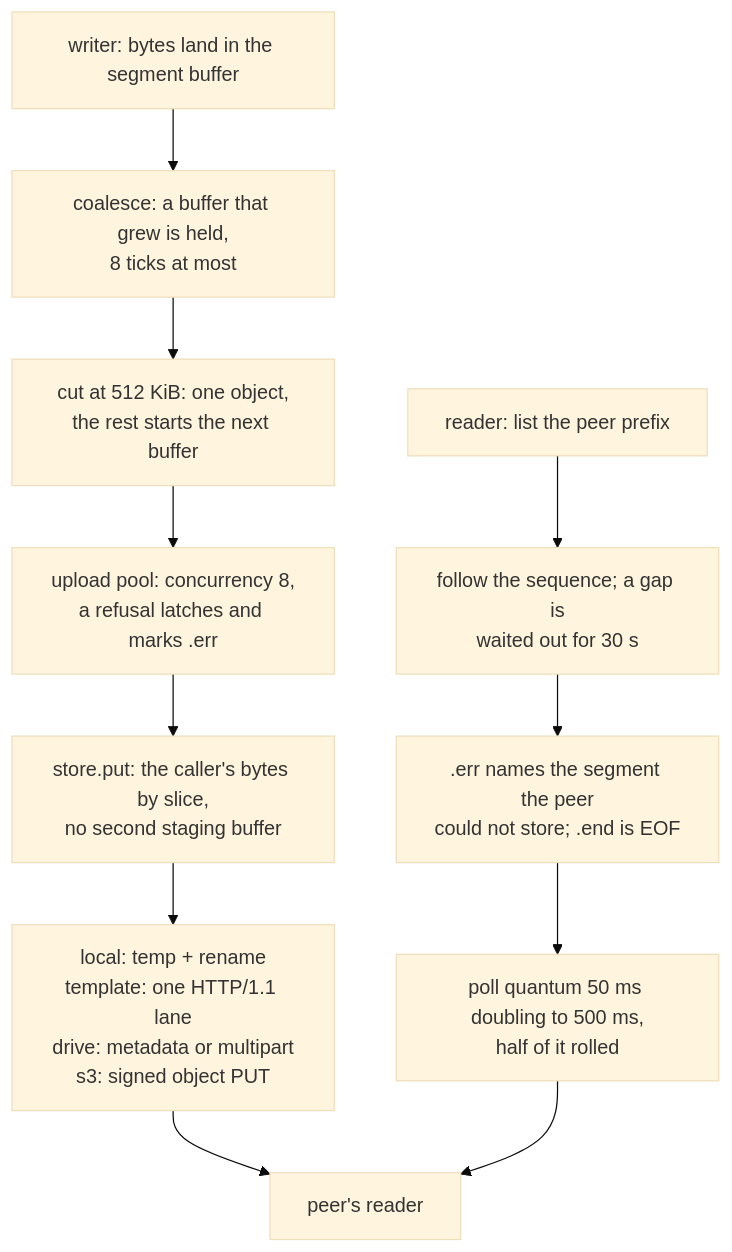
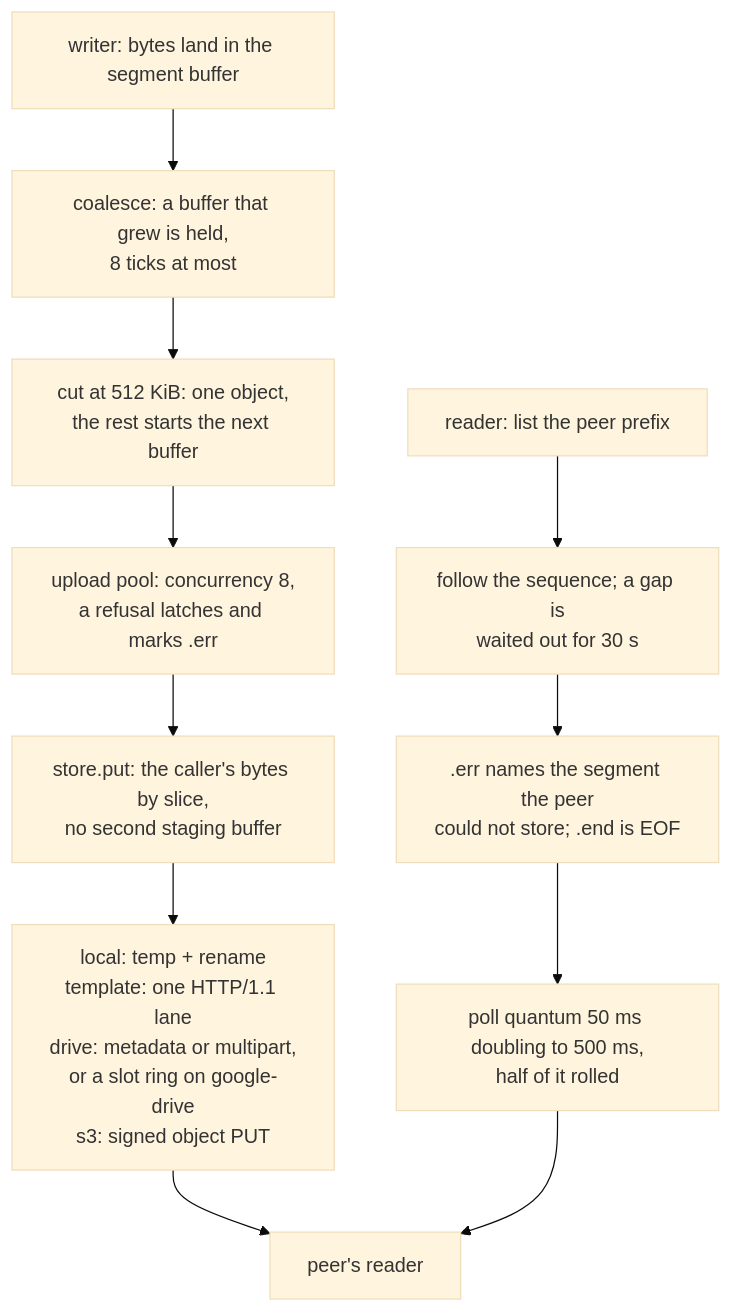
The diagram in docs/function/carrier-xdrive.md (Ferrocite/ferrox), drawn with Mermaid (base theme) before and after one commit. The commit also changed other lines of this file and 8 other files, not shown here.

````diff
--- a/docs/function/carrier-xdrive.md
+++ b/docs/function/carrier-xdrive.md
@@ -13,13 +17,13 @@
 ```mermaid
 graph TD
     A["writer: bytes land in the segment buffer"] --> B["coalesce: a buffer that grew is held,<br/>8 ticks at most"]
     B --> C["cut at 512 KiB: one object,<br/>the rest starts the next buffer"]
     C --> D["upload pool: concurrency 8,<br/>a refusal latches and marks .err"]
     D --> E["store.put: the caller's bytes by slice,<br/>no second staging buffer"]
-    E --> F["local: temp + rename<br/>template: one HTTP/1.1 lane<br/>drive: metadata or multipart<br/>s3: signed object PUT"]
+    E --> F["local: temp + rename<br/>template: one HTTP/1.1 lane<br/>drive: metadata or multipart,<br/>or a slot ring on google-drive<br/>s3: signed object PUT"]
     G["reader: list the peer prefix"] --> H["follow the sequence; a gap is<br/>waited out for 30 s"]
     H --> I[".err names the segment the peer<br/>could not store; .end is EOF"]
     I --> J["poll quantum 50 ms doubling to 500 ms,<br/>half of it rolled"]
     F --> K["peer's reader"]
     J --> K
 ```
````
